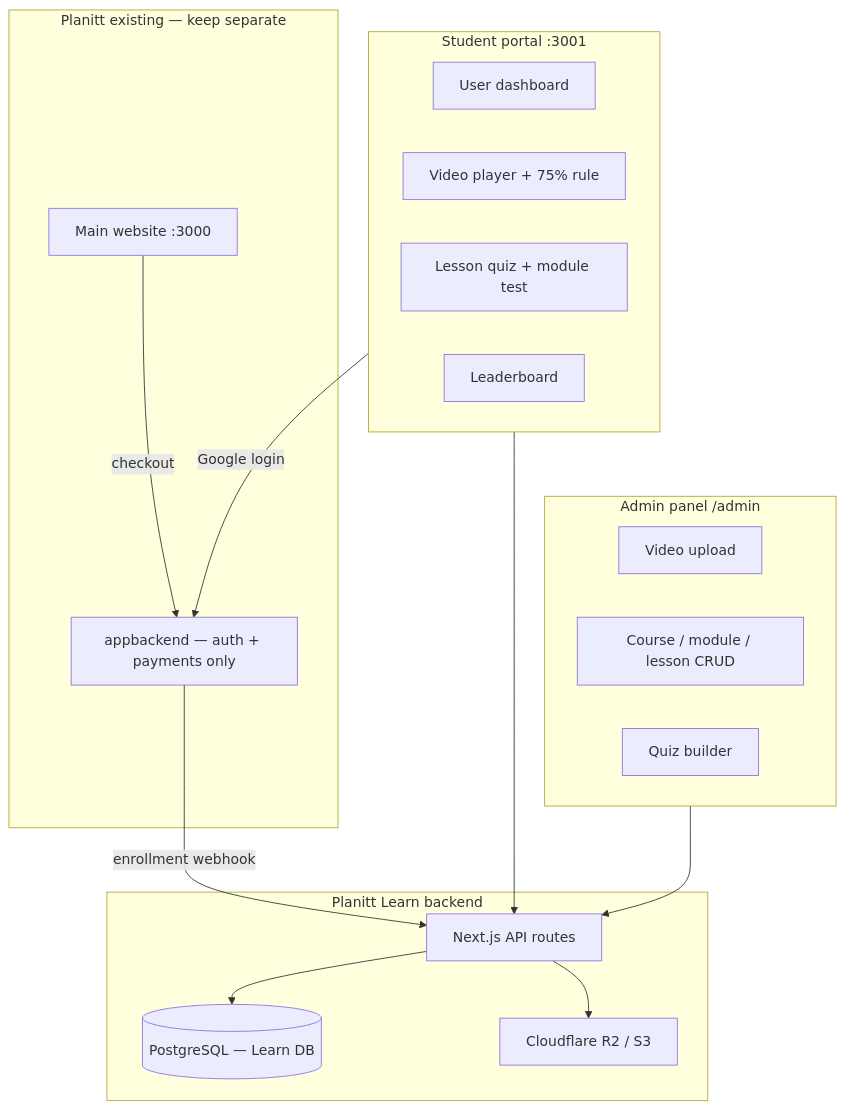
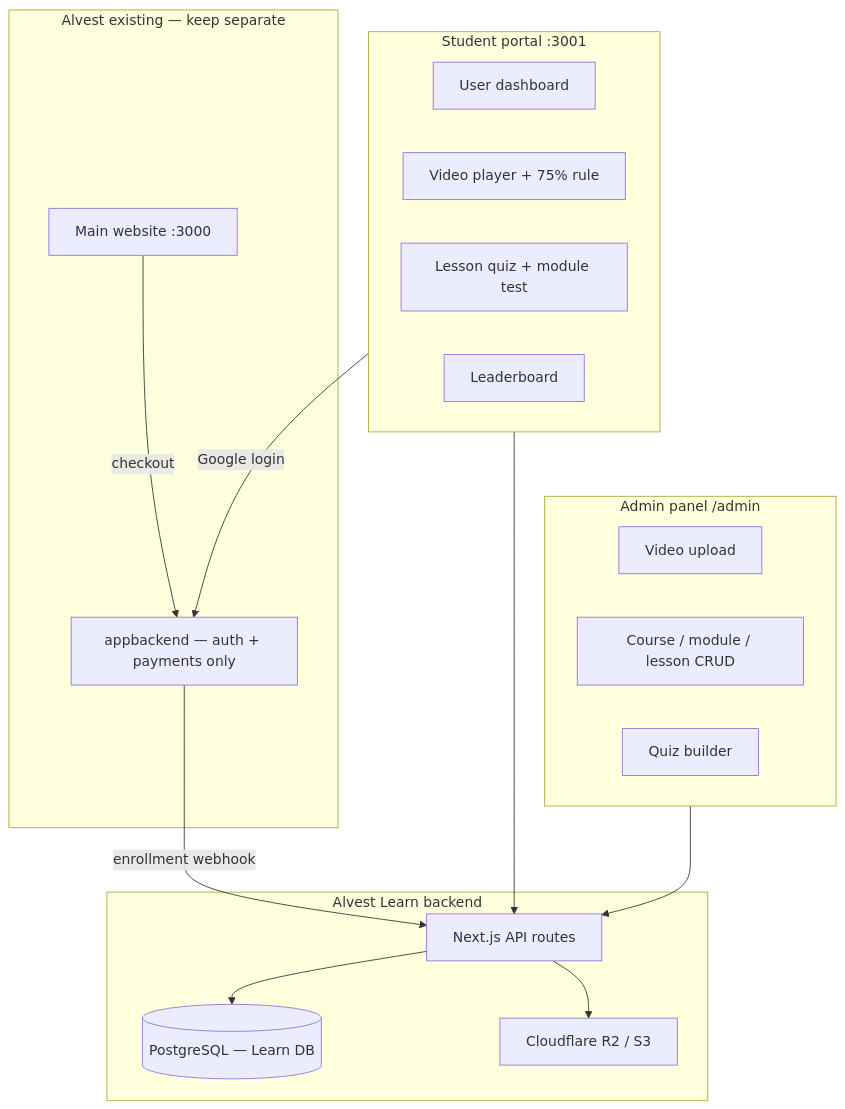
Before and after one commit to planittofficial/PLANITT-LEARN: the diagram in docs/LMS_ARCHITECTURE.md, drawn with Mermaid. The commit also changed other lines of this file and 48 other files, not shown here.

Commit message:
I have changed the planitt to alvest

````diff
--- a/docs/LMS_ARCHITECTURE.md
+++ b/docs/LMS_ARCHITECTURE.md
@@ -25,34 +25,34 @@
 ```mermaid
 flowchart TB
   subgraph student [Student portal :3001]
     Dash[User dashboard]
     Player[Video player + 75% rule]
     Quiz[Lesson quiz + module test]
     LB[Leaderboard]
   end
 
   subgraph admin [Admin panel /admin]
     Upload[Video upload]
     CMS[Course / module / lesson CRUD]
     QB[Quiz builder]
   end
 
-  subgraph learn [Planitt Learn backend]
+  subgraph learn [Alvest Learn backend]
     API[Next.js API routes]
     DB[(PostgreSQL — Learn DB)]
     R2[Cloudflare R2 / S3]
   end
 
-  subgraph planitt [Planitt existing — keep separate]
+  subgraph planitt [Alvest existing — keep separate]
     Web[Main website :3000]
     AB[appbackend — auth + payments only]
   end
 
   Web -->|checkout| AB
   AB -->|enrollment webhook| API
   student --> API
   admin --> API
   API --> DB
   API --> R2
   student -->|Google login| AB
 ```
````
